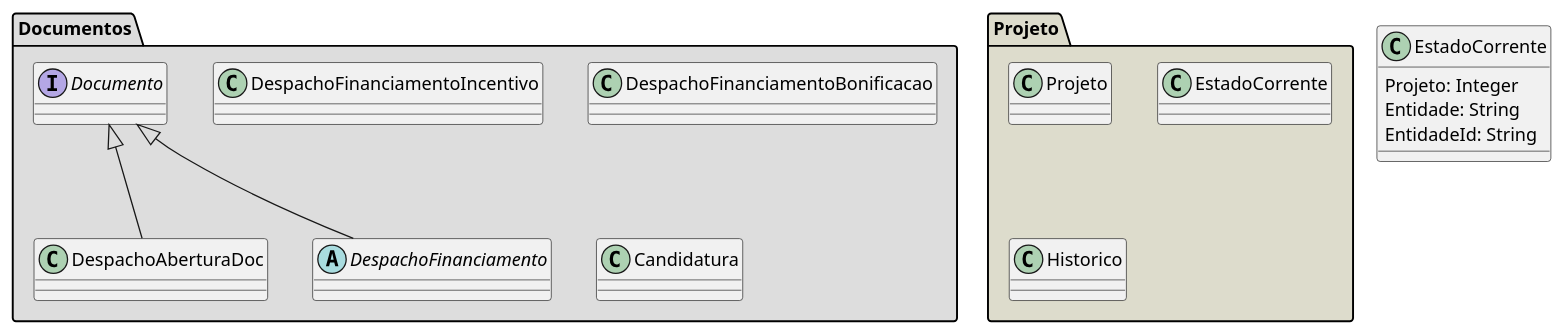
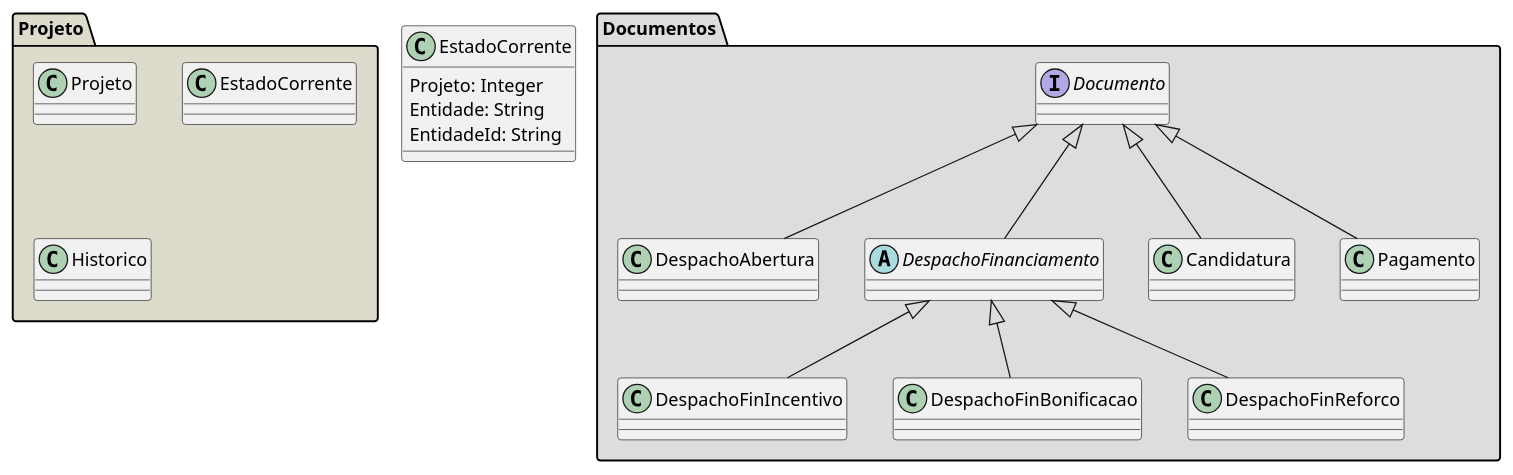
One commit to isel43107/es1920-sgpf changed the diagram in docs/dev/modules/ROOT/pages/sgpf-implementacao.adoc. Above: the diagram before and after it, drawn with PlantUML. The commit also changed 1 other file, not shown here.

Commit message:
Docs: update domain diagram (UML Class, for data Diagram)

```diff
--- a/docs/dev/modules/ROOT/pages/sgpf-implementacao.adoc
+++ b/docs/dev/modules/ROOT/pages/sgpf-implementacao.adoc
@@ -76,37 +76,46 @@
-[plantuml]
+[plantuml, design-system-datadiagram, png]
 ----
 package "Documentos" #DDDDDD {
 
 interface Documento 
 
-class DespachoAberturaDoc
+class DespachoAbertura
 
 abstract class DespachoFinanciamento
 
-class DespachoFinanciamentoIncentivo
+class DespachoFinIncentivo
 
-class DespachoFinanciamentoBonificacao
+class DespachoFinBonificacao
+
+class DespachoFinReforco
 
 class Candidatura
+
+class Pagamento
 
 }
 
 package "Projeto" #DDDCCC {
 
 class Projeto
 class EstadoCorrente
 class Historico
 
 }
 
 
 class EstadoCorrente {
 
     Projeto: Integer 
     Entidade: String
     EntidadeId: String 
 }
 
-Documento <|-- DespachoAberturaDoc
+Documento <|-- DespachoAbertura
 Documento <|-- DespachoFinanciamento
+Documento <|-- Candidatura
+Documento <|-- Pagamento
+DespachoFinanciamento <|-- DespachoFinBonificacao
+DespachoFinanciamento <|-- DespachoFinIncentivo
+DespachoFinanciamento <|-- DespachoFinReforco
 ----
```
